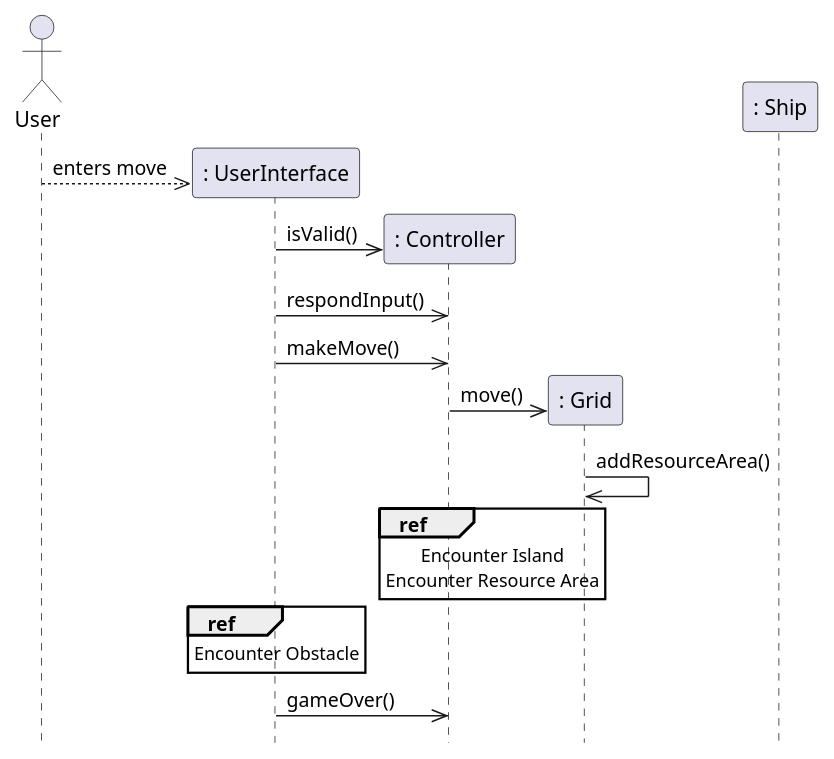
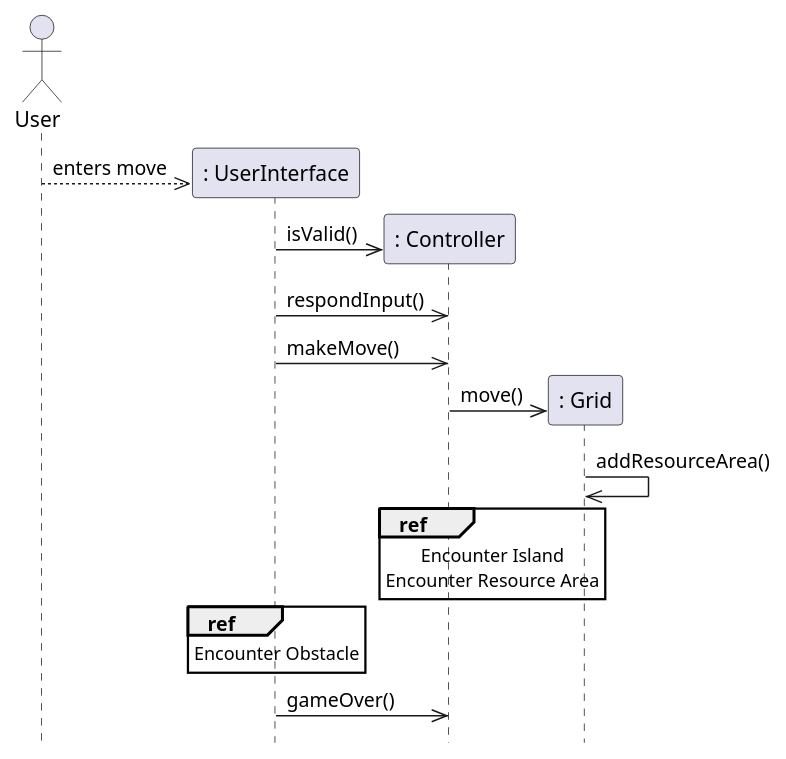
One commit to emutchek/MaraudersAtSea changed the second of 5 diagrams in CMPU_203_PirateGame/doc/design.md. Above: the diagram before and after it, drawn with PlantUML.

Commit message:
made changes to design doc

````diff
--- a/CMPU_203_PirateGame/doc/design.md
+++ b/CMPU_203_PirateGame/doc/design.md
@@ -132,24 +132,23 @@
 ```PlantUML
 @startuml
 hide footbox
 actor User as user
 participant ": UserInterface" as UI
 participant ": Controller" as controller
 participant ": Grid" as grid
-participant ": Ship" as ship
 user -->> UI **: enters move
 UI ->> controller **: isValid()
 UI ->> controller : respondInput()
 UI ->> controller : makeMove()
 controller ->> grid **: move()
 grid ->> grid : addResourceArea()
 ref over controller
 Encounter Island
 Encounter Resource Area
 endref
 ref over UI 
 Encounter Obstacle
 endref
 UI ->> controller : gameOver()
 @enduml
 ```
````
